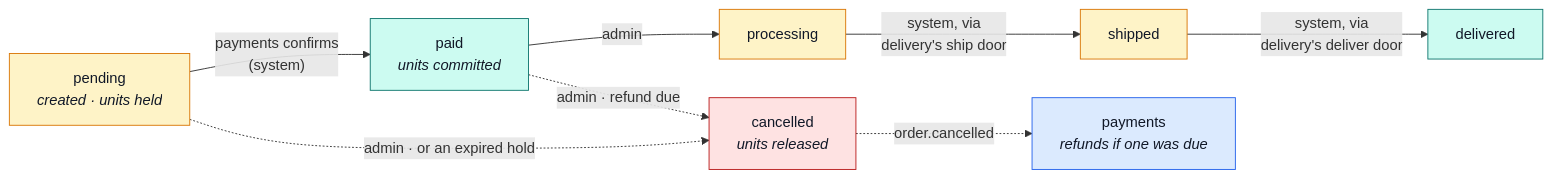
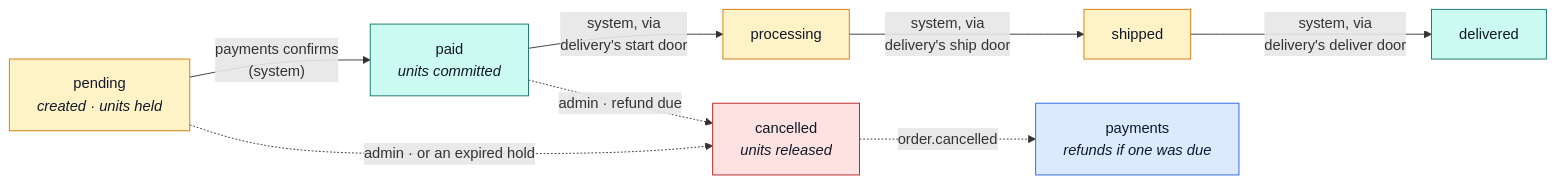
The second of 2 diagrams in docs/modules/orders.md (Guebbit/boilerplate-node-backend), drawn with Mermaid before and after one commit. The commit also changed other lines of this file and 18 other files, not shown here.

````diff
--- a/docs/modules/orders.md
+++ b/docs/modules/orders.md
@@ -132,20 +132,20 @@
 ```mermaid
 %%{init: {'flowchart': {'nodeSpacing': 30, 'rankSpacing': 55}}}%%
 flowchart LR
     P["pending<br/><i>created · units held</i>"] -->|"payments confirms<br/>(system)"| PA["paid<br/><i>units committed</i>"]
-    PA -->|admin| PR["processing"]
+    PA -->|"system, via<br/>delivery's start door"| PR["processing"]
     PR -->|"system, via<br/>delivery's ship door"| SH["shipped"]
     SH -->|"system, via<br/>delivery's deliver door"| DE["delivered"]
     P -.->|"admin · or an expired hold"| CA["cancelled<br/><i>units released</i>"]
     PA -.->|"admin · refund due"| CA
     CA -. "order.cancelled" .-> PM["payments<br/><i>refunds if one was due</i>"]
 
     classDef open fill:#fef3c7,stroke:#d97706,color:#111827;
     classDef done fill:#ccfbf1,stroke:#0f766e,color:#111827;
     classDef bad fill:#fee2e2,stroke:#b91c1c,color:#111827;
     classDef peer fill:#dbeafe,stroke:#2563eb,color:#111827;
     class P,PR,SH open;
     class PA,DE done;
     class CA bad;
     class PM peer;
 ```
````
